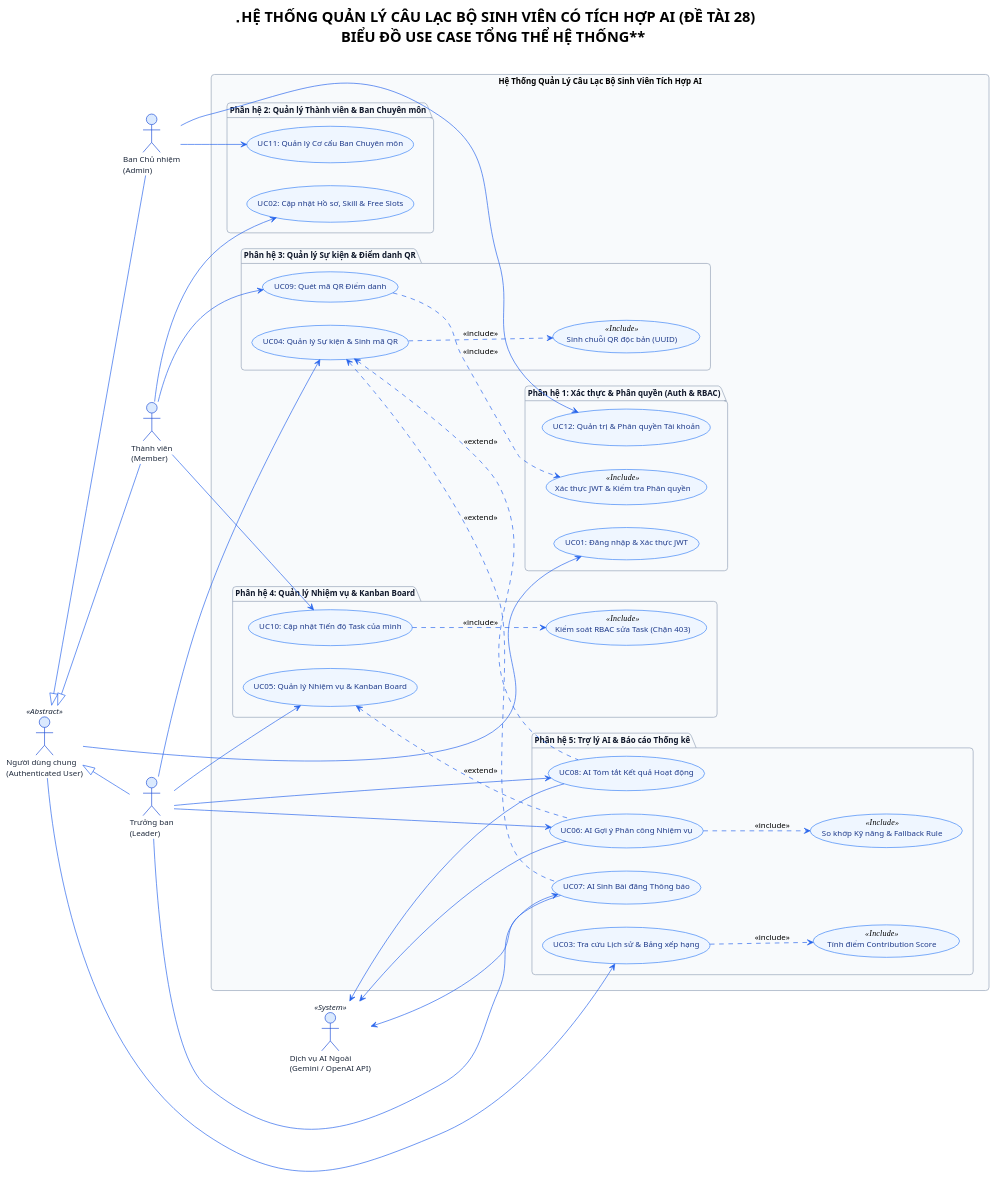
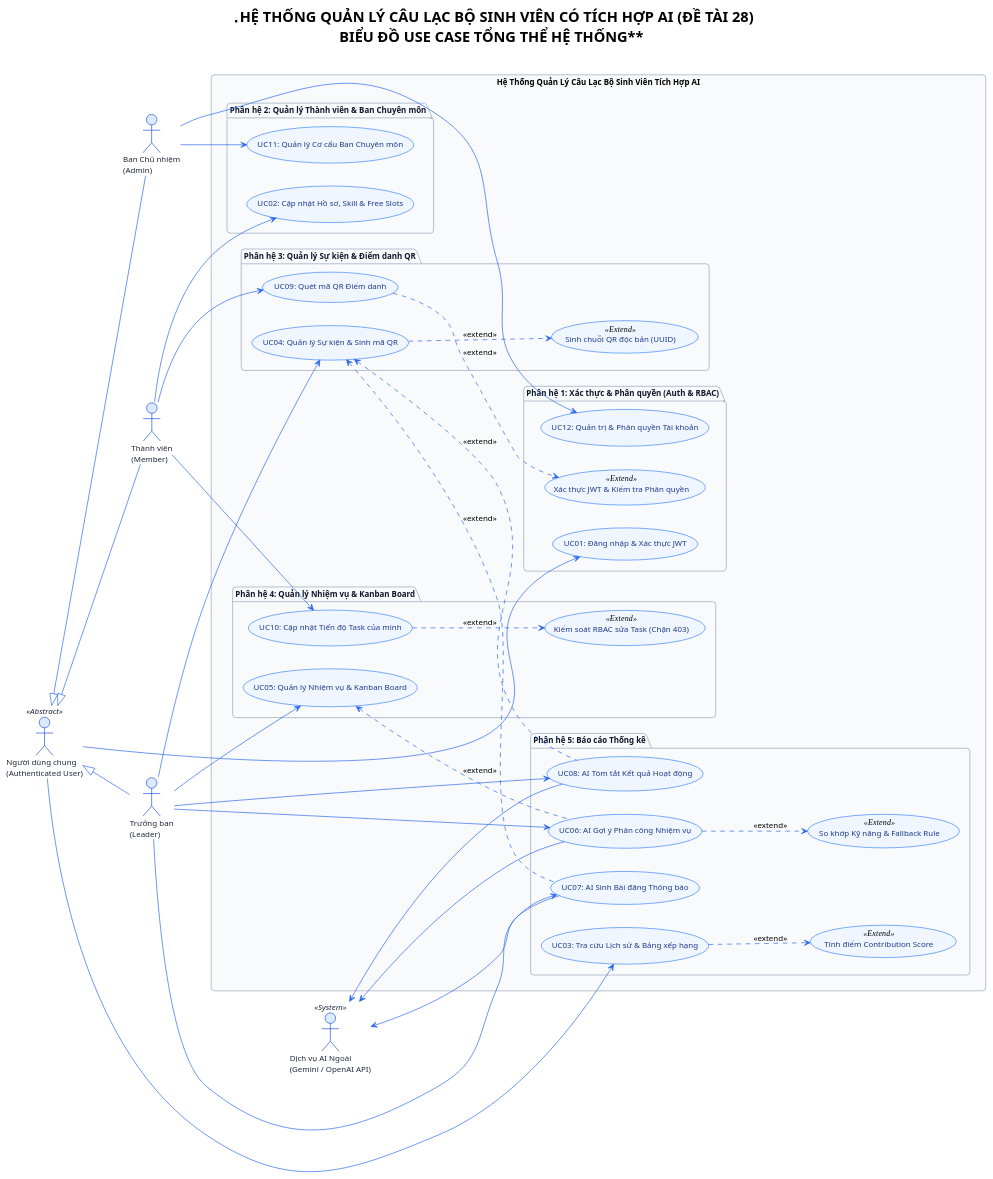
Before and after one commit to nda2801/Student_Club_Management: the fourth of 14 diagrams in CacGiaiDoanThucHien/GiaiDoan_KT1_KhaoSat_YeuCau_ThietKe_Tuan1_Tuan3/08_KhaoSat_PhanTich_YeuCau_ChucNang_PhiChucNang.md, drawn with PlantUML. The commit also changed other lines of this file and 310 other files, not shown here.

Commit message:
docs: update SDLC documentation, AI proofs, diagrams and system configuration

```diff
--- a/CacGiaiDoanThucHien/GiaiDoan_KT1_KhaoSat_YeuCau_ThietKe_Tuan1_Tuan3/08_KhaoSat_PhanTich_YeuCau_ChucNang_PhiChucNang.md
+++ b/CacGiaiDoanThucHien/GiaiDoan_KT1_KhaoSat_YeuCau_ThietKe_Tuan1_Tuan3/08_KhaoSat_PhanTich_YeuCau_ChucNang_PhiChucNang.md
@@ -436,7 +436,7 @@
     package "Phân hệ 1: Xác thực & Phân quyền (Auth & RBAC)" {
         usecase "UC01: Đăng nhập & Xác thực JWT" as UC01
         usecase "UC12: Quản trị & Phân quyền Tài khoản" as UC12
-        usecase "Xác thực JWT & Kiểm tra Phân quyền" as UC_Auth <<Include>>
+        usecase "Xác thực JWT & Kiểm tra Phân quyền" as UC_Auth <<Extend>>
     }
 
     package "Phân hệ 2: Quản lý Thành viên & Ban Chuyên môn" {
@@ -447,22 +447,22 @@
     package "Phân hệ 3: Quản lý Sự kiện & Điểm danh QR" {
         usecase "UC04: Quản lý Sự kiện & Sinh mã QR" as UC04
         usecase "UC09: Quét mã QR Điểm danh" as UC09
-        usecase "Sinh chuỗi QR độc bản (UUID)" as UC_GenQR <<Include>>
+        usecase "Sinh chuỗi QR độc bản (UUID)" as UC_GenQR <<Extend>>
     }
 
     package "Phân hệ 4: Quản lý Nhiệm vụ & Kanban Board" {
         usecase "UC05: Quản lý Nhiệm vụ & Kanban Board" as UC05
         usecase "UC10: Cập nhật Tiến độ Task của mình" as UC10
-        usecase "Kiểm soát RBAC sửa Task (Chặn 403)" as UC_RBAC <<Include>>
+        usecase "Kiểm soát RBAC sửa Task (Chặn 403)" as UC_RBAC <<Extend>>
     }
 
-    package "Phân hệ 5: Trợ lý AI & Báo cáo Thống kê" {
+    package "Phân hệ 5: Báo cáo Thống kê" {
         usecase "UC06: AI Gợi ý Phân công Nhiệm vụ" as UC06
         usecase "UC07: AI Sinh Bài đăng Thông báo" as UC07
         usecase "UC08: AI Tóm tắt Kết quả Hoạt động" as UC08
         usecase "UC03: Tra cứu Lịch sử & Bảng xếp hạng" as UC03
-        usecase "So khớp Kỹ năng & Fallback Rule" as UC_Match <<Include>>
-        usecase "Tính điểm Contribution Score" as UC_Score <<Include>>
+        usecase "So khớp Kỹ năng & Fallback Rule" as UC_Match <<Extend>>
+        usecase "Tính điểm Contribution Score" as UC_Score <<Extend>>
     }
 }
 
@@ -491,11 +491,11 @@
 Admin --> UC12
 
 ' Include Relationships
-UC04 ..> UC_GenQR : <<include>>
-UC09 ..> UC_Auth : <<include>>
-UC10 ..> UC_RBAC : <<include>>
-UC06 ..> UC_Match : <<include>>
-UC03 ..> UC_Score : <<include>>
+UC04 ..> UC_GenQR : <<extend>>
+UC09 ..> UC_Auth : <<extend>>
+UC10 ..> UC_RBAC : <<extend>>
+UC06 ..> UC_Match : <<extend>>
+UC03 ..> UC_Score : <<extend>>
 
 ' Extend Relationships
 UC05 <.. UC06 : <<extend>>
```
